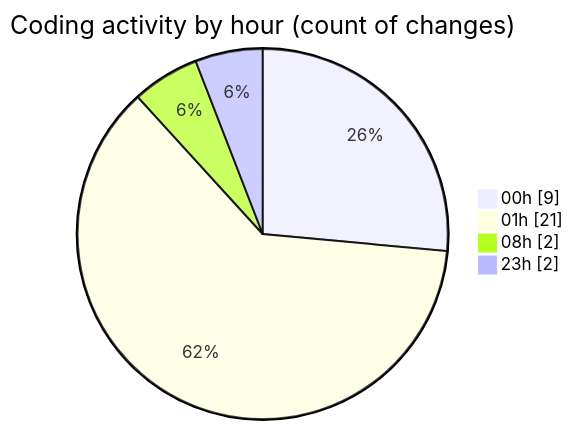
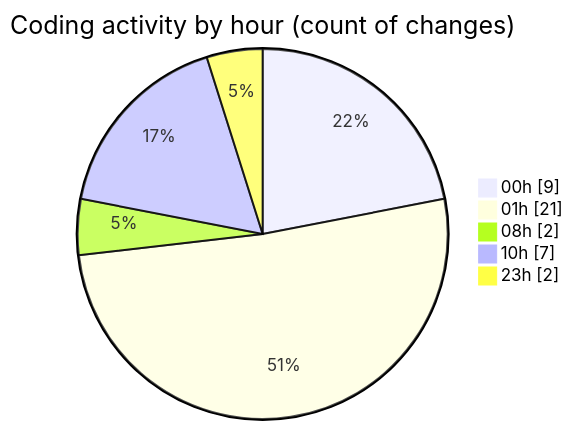
Before and after one commit to Elitesun/code-tracking: the second of 2 diagrams in 2025-01-31/react/README.md, drawn with Mermaid. The commit also changed other lines of this file and 1 other file, not shown here.

````diff
--- a/2025-01-31/react/README.md
+++ b/2025-01-31/react/README.md
@@ -33,8 +37,9 @@
 ```mermaid
 pie showData
 title Coding activity by hour (count of changes)
 "00h" : 9
 "01h" : 21
 "08h" : 2
+"10h" : 7
 "23h" : 2
 ```
````
